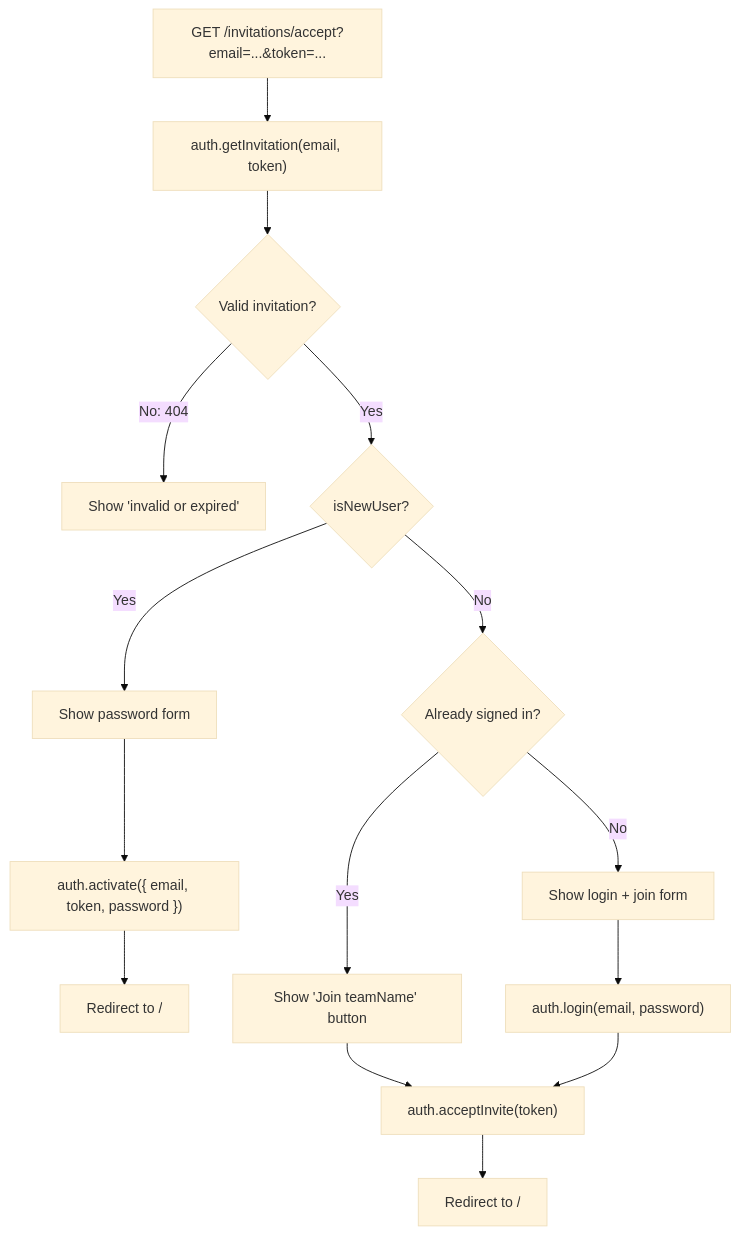
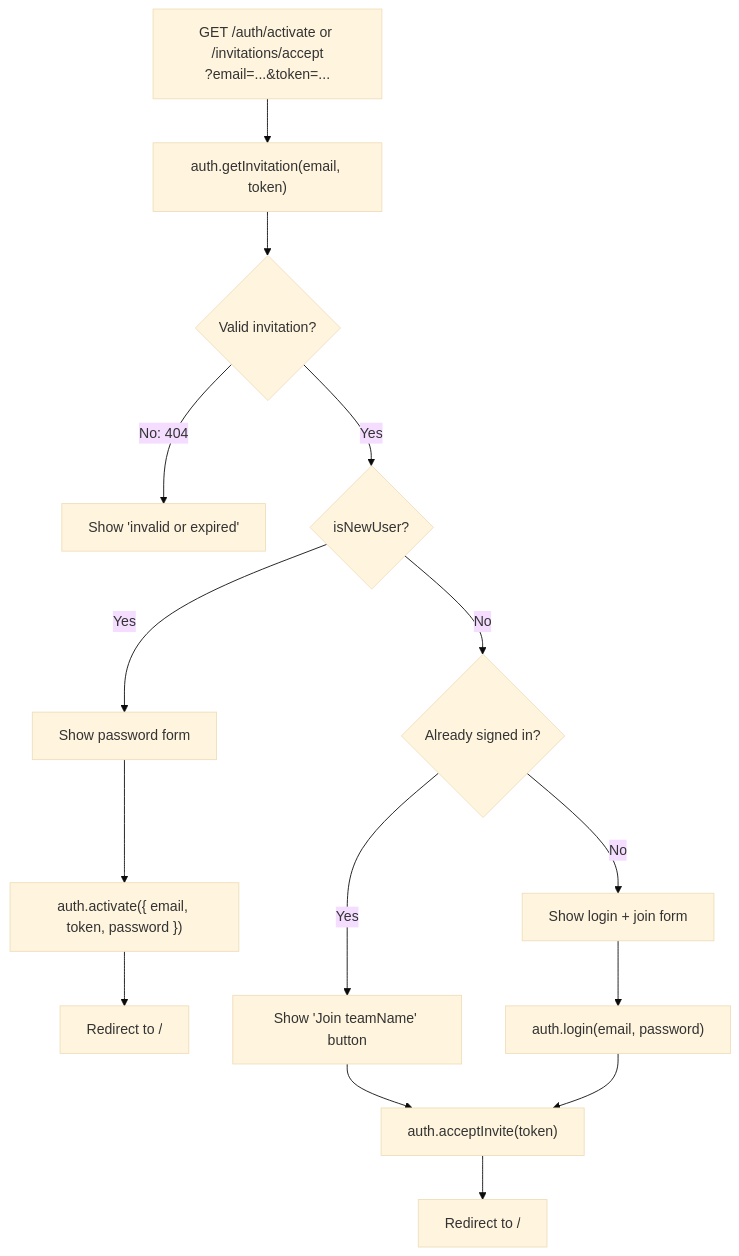
Before and after one commit to ulabase/starter-ecommerce: the fourth of 4 diagrams in openwiki/domains/billing-accounts.md, drawn with Mermaid (base theme). The commit also changed other lines of this file and 5 other files, not shown here.

Commit message:
The invitation page is served at /auth/activate too: the service's invitation email links a new user there, and the link fell to the login page

````diff
--- a/openwiki/domains/billing-accounts.md
+++ b/openwiki/domains/billing-accounts.md
@@ -173,17 +173,17 @@
 ```mermaid
 flowchart TD
-    A["GET /invitations/accept?email=...&token=..."] --> B["auth.getInvitation(email, token)"]
+    A["GET /auth/activate or /invitations/accept<br/>?email=...&token=..."] --> B["auth.getInvitation(email, token)"]
     B --> C{Valid invitation?}
     C -->|No: 404| D["Show 'invalid or expired'"]
     C -->|Yes| E{isNewUser?}
     E -->|Yes| F["Show password form"]
     F --> G["auth.activate({ email, token, password })"]
     G --> H["Redirect to /"]
     E -->|No| I{Already signed in?}
     I -->|Yes| J["Show 'Join teamName' button"]
     J --> K["auth.acceptInvite(token)"]
     K --> L["Redirect to /"]
     I -->|No| M["Show login + join form"]
     M --> N["auth.login(email, password)"]
     N --> K
 ```
````
